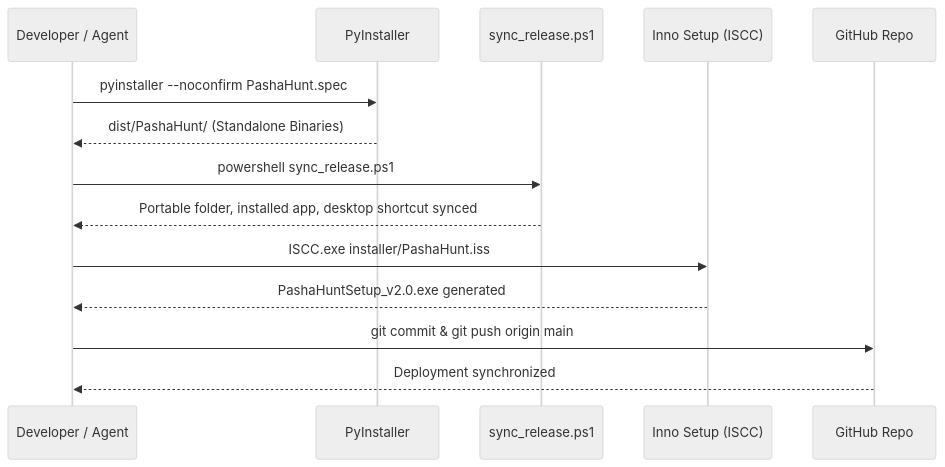
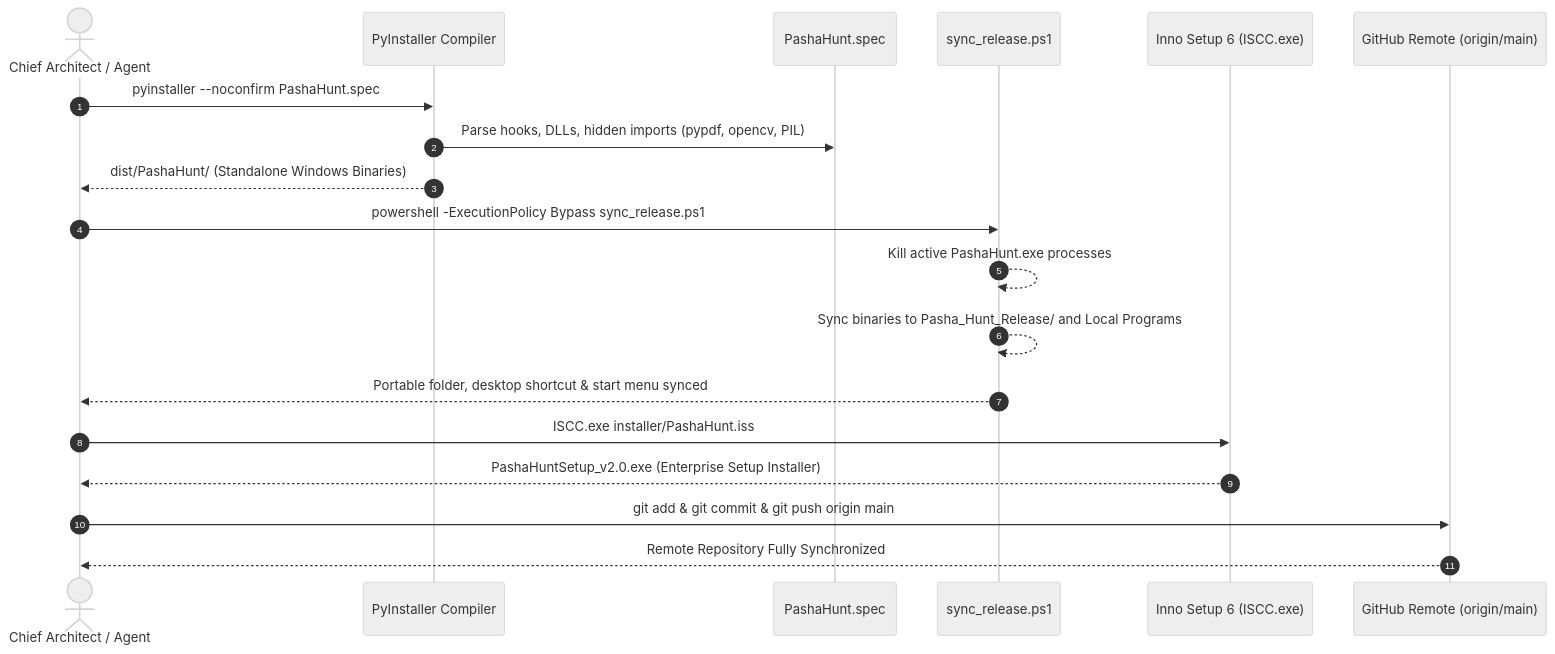
The eighth of 8 diagrams in architecture.md (pasha804/pasha-hunt), drawn with Mermaid (neutral theme) before and after one commit. The commit also changed other lines of this file and 2 other files, not shown here.

Commit message:
Docs: Rich Visual Architecture, Pipeline Flowcharts, and PRD Diagrams (v2.0)

````diff
--- a/architecture.md
+++ b/architecture.md
@@ -264,17 +277,25 @@
 ```mermaid
 sequenceDiagram
-    participant Dev as Developer / Agent
-    participant PyI as PyInstaller
+    autonumber
+    actor Dev as Chief Architect / Agent
+    participant PyI as PyInstaller Compiler
+    participant Spec as PashaHunt.spec
     participant Sync as sync_release.ps1
-    participant Inno as Inno Setup (ISCC)
-    participant Git as GitHub Repo
+    participant Inno as Inno Setup 6 (ISCC.exe)
+    participant Git as GitHub Remote (origin/main)
 
     Dev->>PyI: pyinstaller --noconfirm PashaHunt.spec
-    PyI-->>Dev: dist/PashaHunt/ (Standalone Binaries)
-    Dev->>Sync: powershell sync_release.ps1
-    Sync-->>Dev: Portable folder, installed app, desktop shortcut synced
+    PyI->>Spec: Parse hooks, DLLs, hidden imports (pypdf, opencv, PIL)
+    PyI-->>Dev: dist/PashaHunt/ (Standalone Windows Binaries)
+    
+    Dev->>Sync: powershell -ExecutionPolicy Bypass sync_release.ps1
+    Sync-->>Sync: Kill active PashaHunt.exe processes
+    Sync-->>Sync: Sync binaries to Pasha_Hunt_Release/ and Local Programs
+    Sync-->>Dev: Portable folder, desktop shortcut & start menu synced
+    
     Dev->>Inno: ISCC.exe installer/PashaHunt.iss
-    Inno-->>Dev: PashaHuntSetup_v2.0.exe generated
-    Dev->>Git: git commit & git push origin main
-    Git-->>Dev: Deployment synchronized
+    Inno-->>Dev: PashaHuntSetup_v2.0.exe (Enterprise Setup Installer)
+    
+    Dev->>Git: git add & git commit & git push origin main
+    Git-->>Dev: Remote Repository Fully Synchronized
 ```
````
